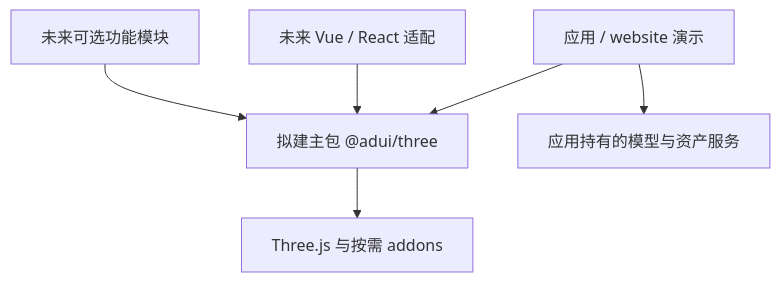
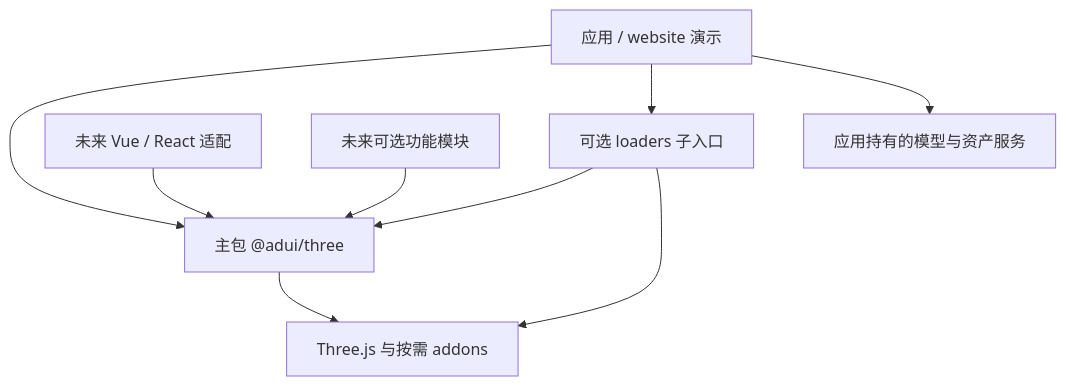
The diagram in docs/ARCHITECTURE.md (adui-studio/adui-three), drawn with Mermaid before and after one commit. The commit also changed other lines of this file and 59 other files, not shown here.

````diff
--- a/docs/ARCHITECTURE.md
+++ b/docs/ARCHITECTURE.md
@@ -13,8 +15,11 @@
 ```mermaid
 flowchart TD
-  App[应用 / website 演示] --> Core[拟建主包 @adui/three]
+  App[应用 / website 演示] --> Core[主包 @adui/three]
+  App --> Models[可选 loaders 子入口]
+  Models --> Core
+  Models --> Three
   Adapter[未来 Vue / React 适配] --> Core
   Feature[未来可选功能模块] --> Core
   Core --> Three[Three.js 与按需 addons]
   App --> Assets[应用持有的模型与资产服务]
 ```
````
